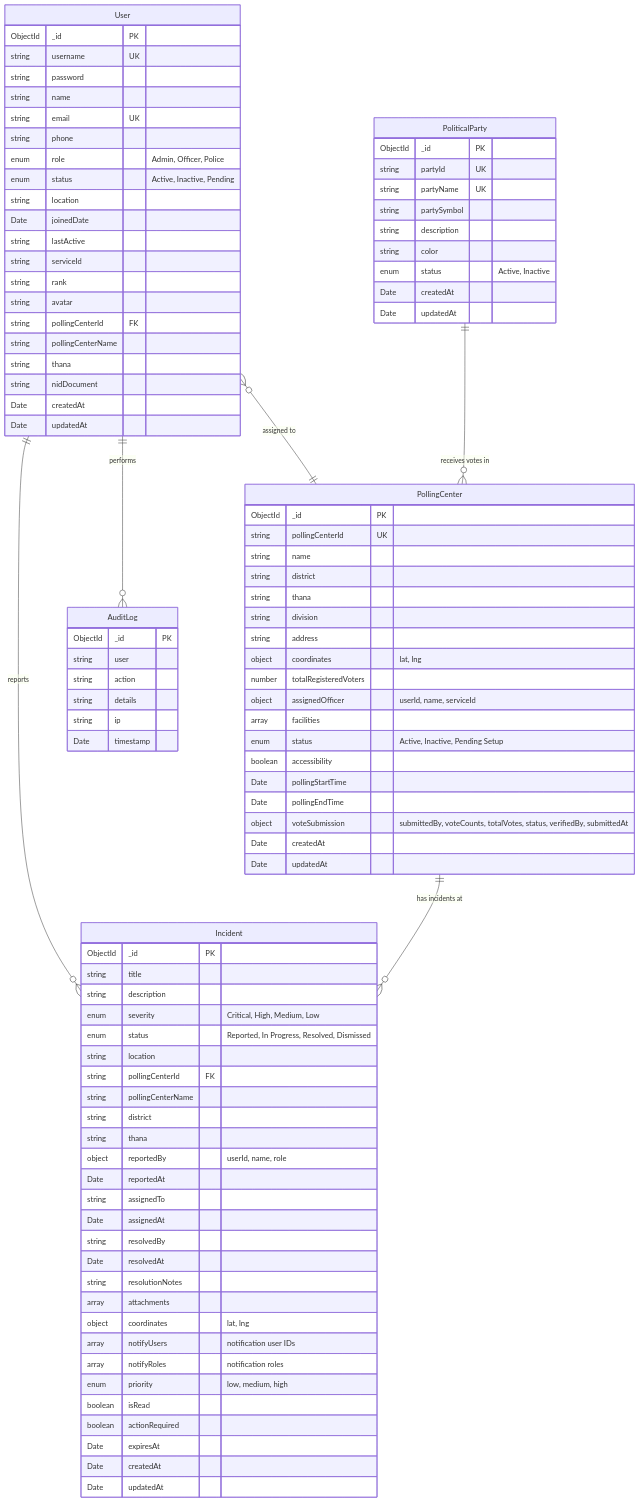
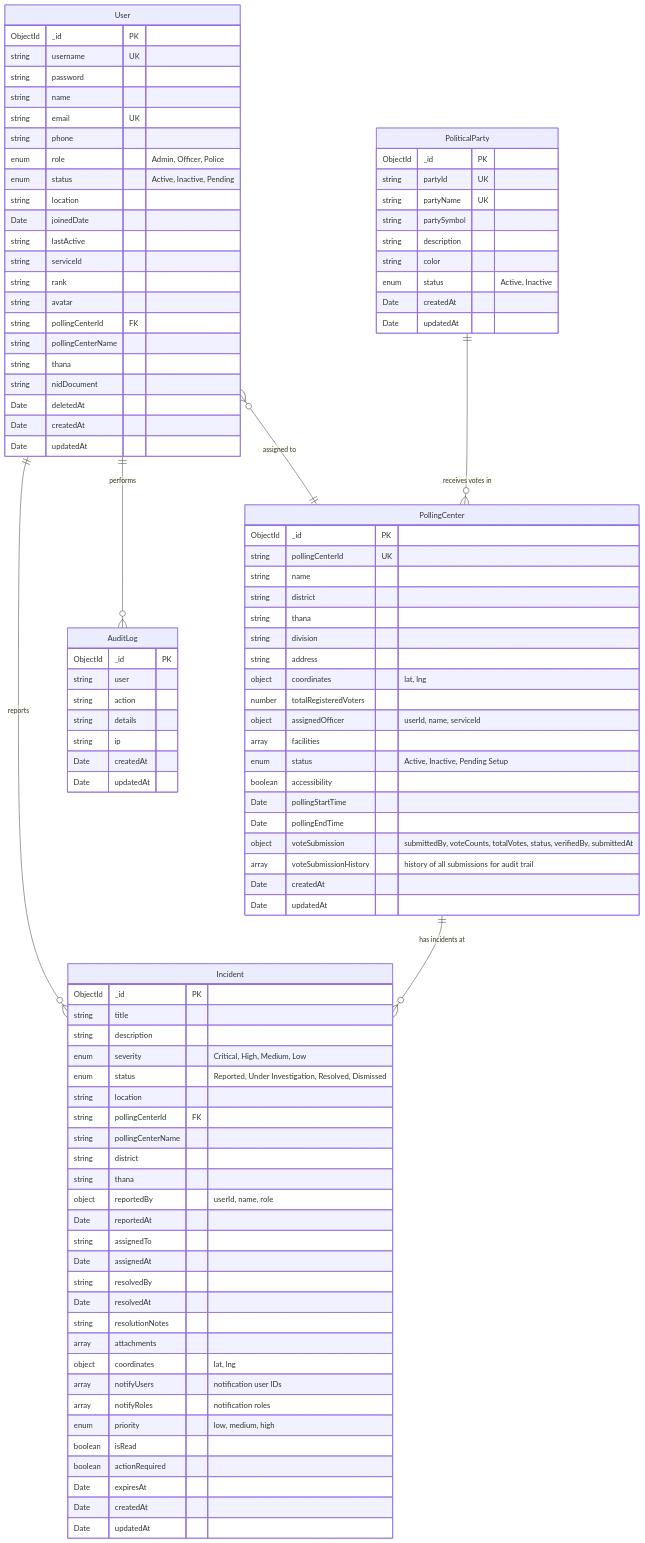
One commit to Tanvirul86/AmarVote changed the diagram in ERD-DIAGRAM.md. Above: the diagram before and after it, drawn with Mermaid. The commit also changed 4 other files, not shown here.

Commit message:
Improve database schema with validation, soft deletes, indexes and audit trail

```diff
--- a/ERD-DIAGRAM.md
+++ b/ERD-DIAGRAM.md
@@ -31,6 +31,7 @@
         string pollingCenterName
         string thana
         string nidDocument
+        Date deletedAt
         Date createdAt
         Date updatedAt
     }
@@ -40,7 +41,7 @@
         string title
         string description
         enum severity "Critical, High, Medium, Low"
-        enum status "Reported, In Progress, Resolved, Dismissed"
+        enum status "Reported, Under Investigation, Resolved, Dismissed"
         string location
         string pollingCenterId FK
         string pollingCenterName
@@ -71,7 +72,8 @@
         string action
         string details
         string ip
-        Date timestamp
+        Date createdAt
+        Date updatedAt
     }
 
     PollingCenter {
@@ -91,6 +93,7 @@
         Date pollingStartTime
         Date pollingEndTime
         object voteSubmission "submittedBy, voteCounts, totalVotes, status, verifiedBy, submittedAt"
+        array voteSubmissionHistory "history of all submissions for audit trail"
         Date createdAt
         Date updatedAt
     }
```
